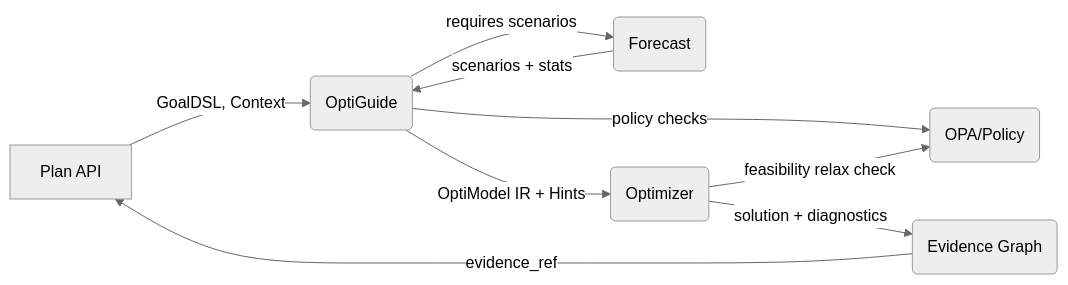
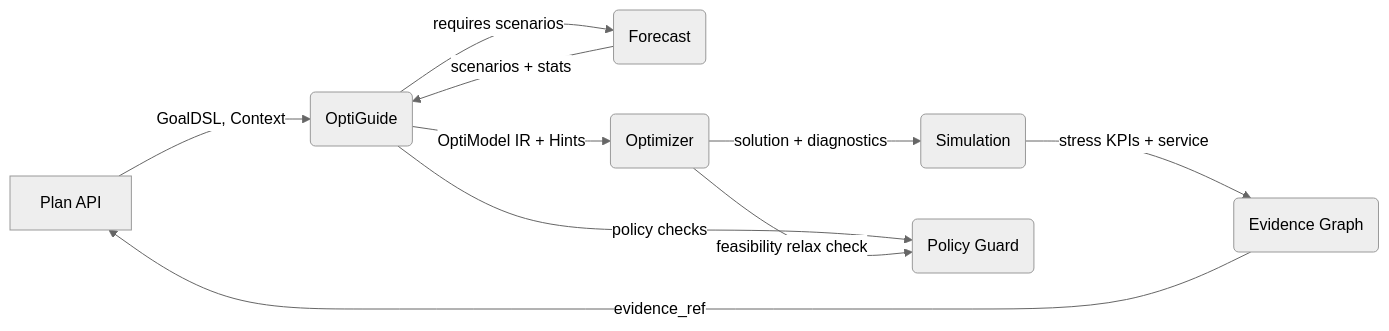
Before and after one commit to balureddy003/dyocense: the first of 4 diagrams in kernel/KernelDESIGN.md, drawn with Mermaid (neutral theme). The commit also changed other lines of this file and 44 other files, not shown here.

````diff
--- a/kernel/KernelDESIGN.md
+++ b/kernel/KernelDESIGN.md
@@ -19,11 +19,12 @@
 ```mermaid
 flowchart LR
   A[Plan API] -->|GoalDSL, Context| B(OptiGuide)
   B -->|requires scenarios| C(Forecast)
   C -->|scenarios + stats| B
   B -->|OptiModel IR + Hints| D(Optimizer)
-  D -->|solution + diagnostics| E(Evidence Graph)
+  D -->|solution + diagnostics| S(Simulation)
+  S -->|stress KPIs + service| E(Evidence Graph)
   E -->|evidence_ref| A
-  B -->|policy checks| P(OPA/Policy)
+  B -->|policy checks| P(Policy Guard)
   D -->|feasibility relax check| P
 ```
````
